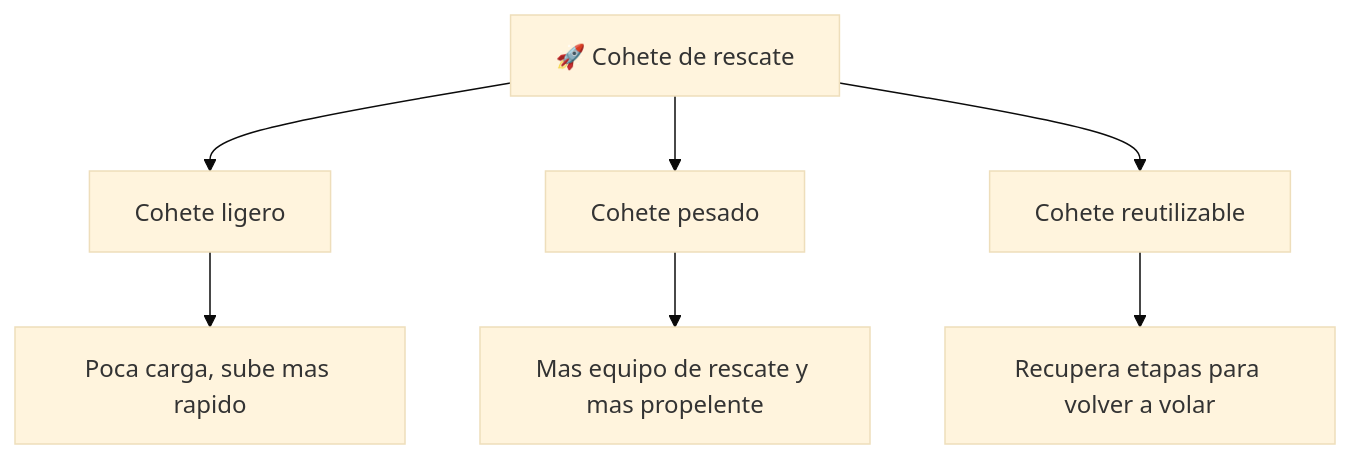
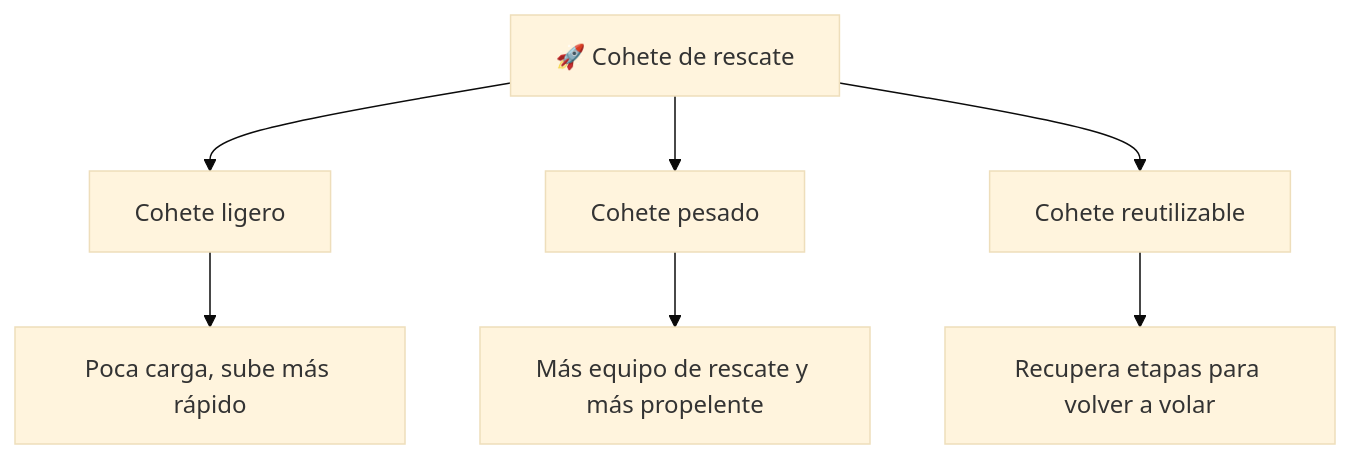
The diagram in vehiculos-fantasticos/thunderbird-3/operacion/caracteristicas-thunderbird-3.md (vladimiracunadev-create/machine-operator-program), drawn with Mermaid (base theme) before and after one commit. The commit also changed other lines of this file and 442 other files, not shown here.

````diff
--- a/vehiculos-fantasticos/thunderbird-3/operacion/caracteristicas-thunderbird-3.md
+++ b/vehiculos-fantasticos/thunderbird-3/operacion/caracteristicas-thunderbird-3.md
@@ -37,9 +37,9 @@
 ```mermaid
 flowchart TD
     Cohete[🚀 Cohete de rescate] --> Ligero[Cohete ligero]
     Cohete --> Pesado[Cohete pesado]
     Cohete --> Reutilizable[Cohete reutilizable]
-    Ligero --> Rapido[Poca carga, sube mas rapido]
-    Pesado --> Carga[Mas equipo de rescate y mas propelente]
+    Ligero --> Rapido[Poca carga, sube más rápido]
+    Pesado --> Carga[Más equipo de rescate y más propelente]
     Reutilizable --> Ahorro[Recupera etapas para volver a volar]
 ```
````
